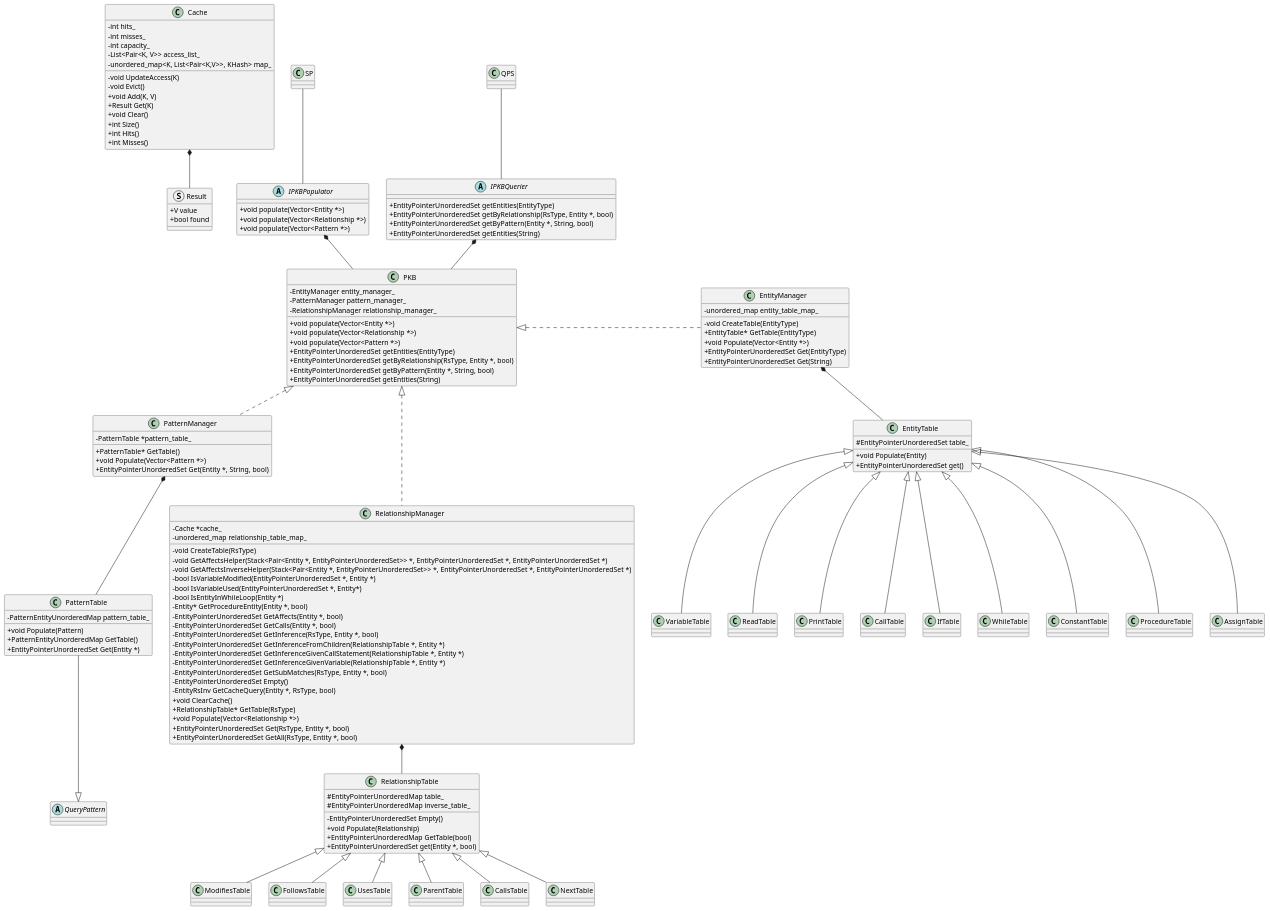
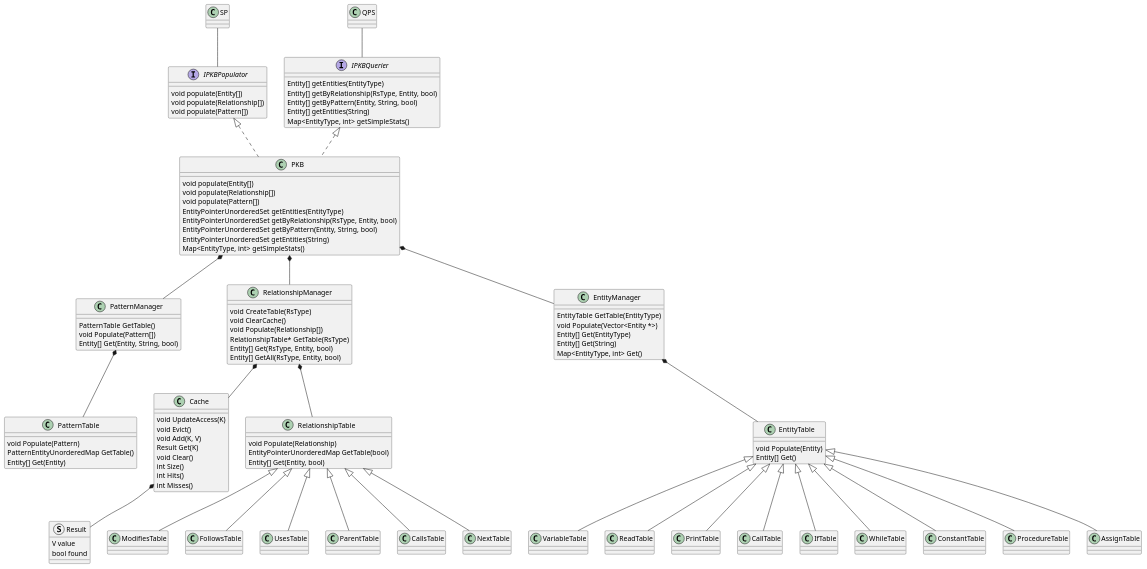
Before and after one commit to mazx4960/static-analyzer: the diagram in docs/diagrams/PKBClassDiagram.puml, drawn with PlantUML. The commit also changed 48 other files, not shown here.

```diff
--- a/docs/diagrams/PKBClassDiagram.puml
+++ b/docs/diagrams/PKBClassDiagram.puml
@@ -5,118 +5,86 @@
 class QPS
 class PKB
 
-abstract class IPKBPopulator {
-	+void populate(Vector<Entity *>)
-    +void populate(Vector<Relationship *>)
-    +void populate(Vector<Pattern *>)
+interface IPKBPopulator {
+	void populate(Entity[])
+    void populate(Relationship[])
+    void populate(Pattern[])
 }
 
-abstract class IPKBQuerier {
-	+EntityPointerUnorderedSet getEntities(EntityType)
-	+EntityPointerUnorderedSet getByRelationship(RsType, Entity *, bool)
-	+EntityPointerUnorderedSet getByPattern(Entity *, String, bool)
-	+EntityPointerUnorderedSet getEntities(String)
+interface IPKBQuerier {
+	Entity[] getEntities(EntityType)
+	Entity[] getByRelationship(RsType, Entity, bool)
+	Entity[] getByPattern(Entity, String, bool)
+	Entity[] getEntities(String)
+	Map<EntityType, int> getSimpleStats()
 }
 
 class PKB {
-    -EntityManager entity_manager_
-    -PatternManager pattern_manager_
-    -RelationshipManager relationship_manager_
-	+void populate(Vector<Entity *>)
-    +void populate(Vector<Relationship *>)
-    +void populate(Vector<Pattern *>)
-	+EntityPointerUnorderedSet getEntities(EntityType)
-	+EntityPointerUnorderedSet getByRelationship(RsType, Entity *, bool)
-	+EntityPointerUnorderedSet getByPattern(Entity *, String, bool)
-	+EntityPointerUnorderedSet getEntities(String)
+	void populate(Entity[])
+    void populate(Relationship[])
+    void populate(Pattern[])
+	EntityPointerUnorderedSet getEntities(EntityType)
+	EntityPointerUnorderedSet getByRelationship(RsType, Entity, bool)
+	EntityPointerUnorderedSet getByPattern(Entity, String, bool)
+	EntityPointerUnorderedSet getEntities(String)
+	Map<EntityType, int> getSimpleStats()
 }
 
 class EntityManager {
-    -unordered_map entity_table_map_ 
-    -void CreateTable(EntityType)
-    +EntityTable* GetTable(EntityType) 
-    +void Populate(Vector<Entity *>)
-    +EntityPointerUnorderedSet Get(EntityType)
-    +EntityPointerUnorderedSet Get(String)
+    EntityTable GetTable(EntityType)
+    void Populate(Vector<Entity *>)
+    Entity[] Get(EntityType)
+    Entity[] Get(String)
+    Map<EntityType, int> Get()
 }
 
 class RelationshipManager {
-    -Cache *cache_
-    -unordered_map relationship_table_map_
-    -void CreateTable(RsType)
-    -void GetAffectsHelper(Stack<Pair<Entity *, EntityPointerUnorderedSet>> *, EntityPointerUnorderedSet *, EntityPointerUnorderedSet *)
-    -void GetAffectsInverseHelper(Stack<Pair<Entity *, EntityPointerUnorderedSet>> *, EntityPointerUnorderedSet *, EntityPointerUnorderedSet *)
-    -bool IsVariableModified(EntityPointerUnorderedSet *, Entity *)
-    -bool IsVariableUsed(EntityPointerUnorderedSet *, Entity*)
-    -bool IsEntityInWhileLoop(Entity *)
-    -Entity* GetProcedureEntity(Entity *, bool)
-    -EntityPointerUnorderedSet GetAffects(Entity *, bool)
-    -EntityPointerUnorderedSet GetCalls(Entity *, bool)
-    -EntityPointerUnorderedSet GetInference(RsType, Entity *, bool)
-    -EntityPointerUnorderedSet GetInferenceFromChildren(RelationshipTable *, Entity *)
-    -EntityPointerUnorderedSet GetInferenceGivenCallStatement(RelationshipTable *, Entity *)
-    -EntityPointerUnorderedSet GetInferenceGivenVariable(RelationshipTable *, Entity *)
-    -EntityPointerUnorderedSet GetSubMatches(RsType, Entity *, bool) 
-    -EntityPointerUnorderedSet Empty()
-    -EntityRsInv GetCacheQuery(Entity *, RsType, bool)
-    +void ClearCache()
-    +RelationshipTable* GetTable(RsType)
-    +void Populate(Vector<Relationship *>) 
-    +EntityPointerUnorderedSet Get(RsType, Entity *, bool)
-    +EntityPointerUnorderedSet GetAll(RsType, Entity *, bool)
+    void CreateTable(RsType)
+    void ClearCache()
+    void Populate(Relationship[])
+    RelationshipTable* GetTable(RsType)
+    Entity[] Get(RsType, Entity, bool)
+    Entity[] GetAll(RsType, Entity, bool)
 }
 
 class PatternManager {
-    -PatternTable *pattern_table_
-    +PatternTable* GetTable()
-    +void Populate(Vector<Pattern *>)
-    +EntityPointerUnorderedSet Get(Entity *, String, bool)
+    PatternTable GetTable()
+    void Populate(Pattern[])
+    Entity[] Get(Entity, String, bool)
 }
 
 class RelationshipTable {
-    #EntityPointerUnorderedMap table_
-    #EntityPointerUnorderedMap inverse_table_
-    -EntityPointerUnorderedSet Empty()
-    +void Populate(Relationship)
-    +EntityPointerUnorderedMap GetTable(bool)
-    +EntityPointerUnorderedSet get(Entity *, bool) 
+    void Populate(Relationship)
+    EntityPointerUnorderedMap GetTable(bool)
+    Entity[] Get(Entity, bool)
 }
 
 class EntityTable {
-    #EntityPointerUnorderedSet table_
-    +void Populate(Entity)
-    +EntityPointerUnorderedSet get()
+    void Populate(Entity)
+    Entity[] Get()
 }
 
 class PatternTable {
-    -PatternEntityUnorderedMap pattern_table_
-    +void Populate(Pattern)
-    +PatternEntityUnorderedMap GetTable()
-    +EntityPointerUnorderedSet Get(Entity *)
+    void Populate(Pattern)
+    PatternEntityUnorderedMap GetTable()
+    Entity[] Get(Entity)
 }
 
 class Cache {
-    -int hits_
-    -int misses_
-    -int capacity_
-    -List<Pair<K, V>> access_list_
-    -unordered_map<K, List<Pair<K,V>>, KHash> map_
-    -void UpdateAccess(K)
-    -void Evict()
-    +void Add(K, V)
-    +Result Get(K)
-    +void Clear()
-    +int Size()
-    +int Hits()
-    +int Misses()
+    void UpdateAccess(K)
+    void Evict()
+    void Add(K, V)
+    Result Get(K)
+    void Clear()
+    int Size()
+    int Hits()
+    int Misses()
 }
 
 struct Result {
-    +V value
-    +bool found
+    V value
+    bool found
 }
-
-abstract class "QueryPattern"
 
 class VariableTable {
 }
@@ -163,14 +131,14 @@
 class NextTable {
 } 
 
-IPKBPopulator *-down- PKB
-IPKBQuerier *-down- PKB
+IPKBPopulator <|.down. PKB
+IPKBQuerier <|.down. PKB
 SP -down- IPKBPopulator
 QPS -down- IPKBQuerier
 
-PKB <|.down EntityManager
-PKB <|.down.  PatternManager
-PKB <|.down.. RelationshipManager
+PKB *-down- EntityManager
+PKB *-down- PatternManager
+PKB *-down- RelationshipManager
 
 EntityTable -up-* EntityManager
 
@@ -194,8 +162,8 @@
 NextTable -up-|> RelationshipTable 
 
 PatternTable -up-* PatternManager
-PatternTable -down-|> QueryPattern
 
+RelationshipManager *-down- Cache
 Result -up-* Cache
 
 @enduml
```
